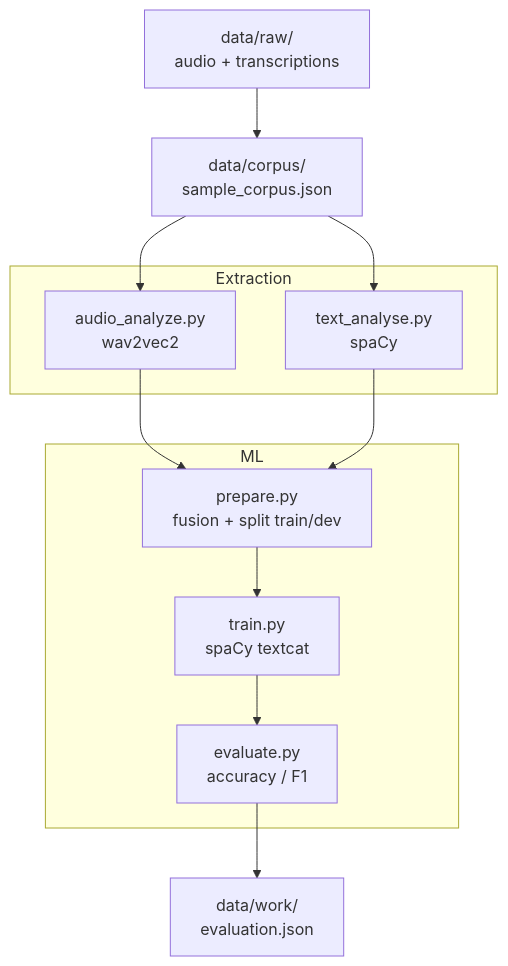
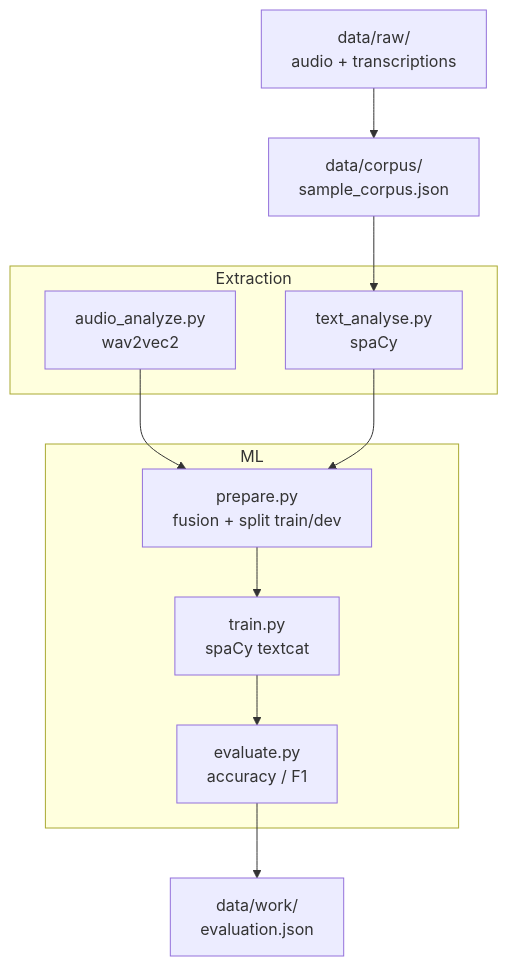
Before and after one commit to TeaS0710/NLP-project-A_A: the diagram in README.md, drawn with Mermaid.

Commit message:
update mermaid readme

````diff
--- a/README.md
+++ b/README.md
@@ -42,27 +42,26 @@
 ```mermaid
 flowchart TD
     RAW["data/raw/\naudio + transcriptions"]
     CORPUS["data/corpus/\nsample_corpus.json"]
 
     subgraph Extraction
         AUDIO["audio_analyze.py\nwav2vec2"]
         TEXT["text_analyse.py\nspaCy"]
     end
 
     subgraph ML
         PREP["prepare.py\nfusion + split train/dev"]
         TRAIN["train.py\nspaCy textcat"]
         EVAL["evaluate.py\naccuracy / F1"]
     end
 
     OUT["data/work/\nevaluation.json"]
 
     RAW --> CORPUS
-    CORPUS --> AUDIO
     CORPUS --> TEXT
     AUDIO --> PREP
     TEXT --> PREP
     PREP --> TRAIN
     TRAIN --> EVAL
     EVAL --> OUT
 ```
````
